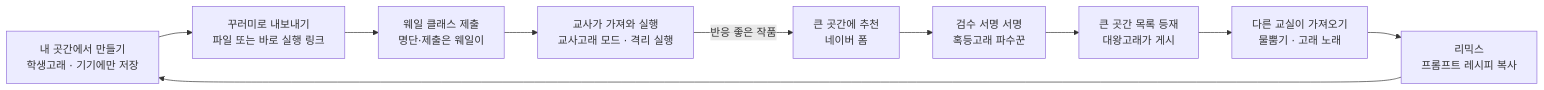
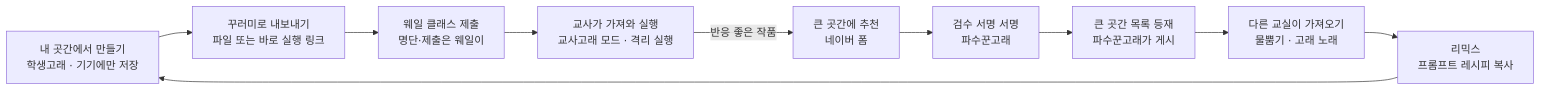
One commit to codersongpro/gorae changed the diagram in docs/PRD.md. Above: the diagram before and after it, drawn with Mermaid. The commit also changed other lines of this file and 45 other files, not shown here.

````diff
--- a/docs/PRD.md
+++ b/docs/PRD.md
@@ -130,12 +129,12 @@
 ```mermaid
 flowchart LR
   A["내 곳간에서 만들기<br/>학생고래 · 기기에만 저장"] --> B["꾸러미로 내보내기<br/>파일 또는 바로 실행 링크"]
   B --> C["웨일 클래스 제출<br/>명단·제출은 웨일이"]
   C --> D["교사가 가져와 실행<br/>교사고래 모드 · 격리 실행"]
   D -- 반응 좋은 작품 --> E["큰 곳간에 추천<br/>네이버 폼"]
-  E --> F["검수 서명 서명<br/>혹등고래 파수꾼"]
-  F --> G["큰 곳간 목록 등재<br/>대왕고래가 게시"]
+  E --> F["검수 서명 서명<br/>파수꾼고래"]
+  F --> G["큰 곳간 목록 등재<br/>파수꾼고래가 게시"]
   G --> H["다른 교실이 가져오기<br/>물뿜기 · 고래 노래"]
   H --> I["리믹스<br/>프롬프트 레시피 복사"]
   I --> A
 ```
````
